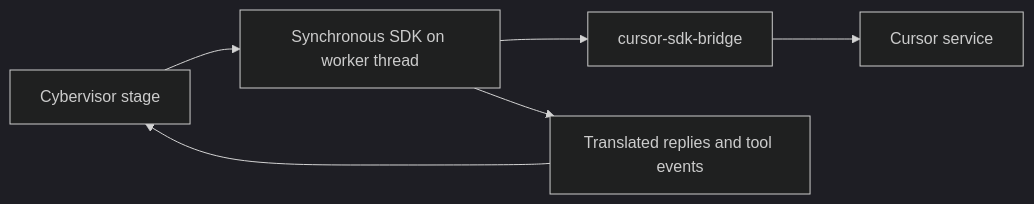
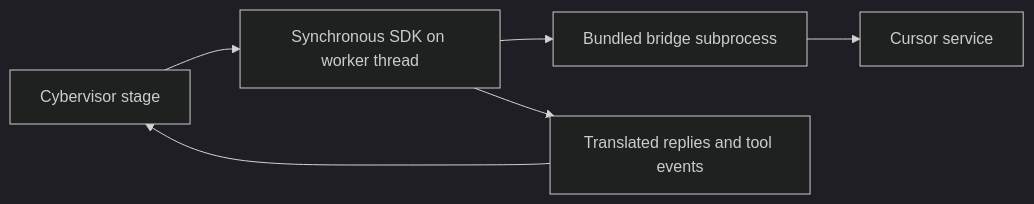
The diagram in docs/agents/cursor.md (crzidea/cybervisor-docs), drawn with Mermaid (dark theme) before and after one commit. The commit also changed other lines of this file and 10 other files, not shown here.

````diff
--- a/docs/agents/cursor.md
+++ b/docs/agents/cursor.md
@@ -13,8 +13,8 @@
 ```mermaid
 flowchart LR
     Pipeline[Cybervisor stage] --> Worker[Synchronous SDK on worker thread]
-    Worker --> Bridge[cursor-sdk-bridge]
+    Worker --> Bridge[Bundled bridge subprocess]
     Bridge --> Cursor[Cursor service]
     Worker --> Events[Translated replies and tool events]
     Events --> Pipeline
 ```
````
